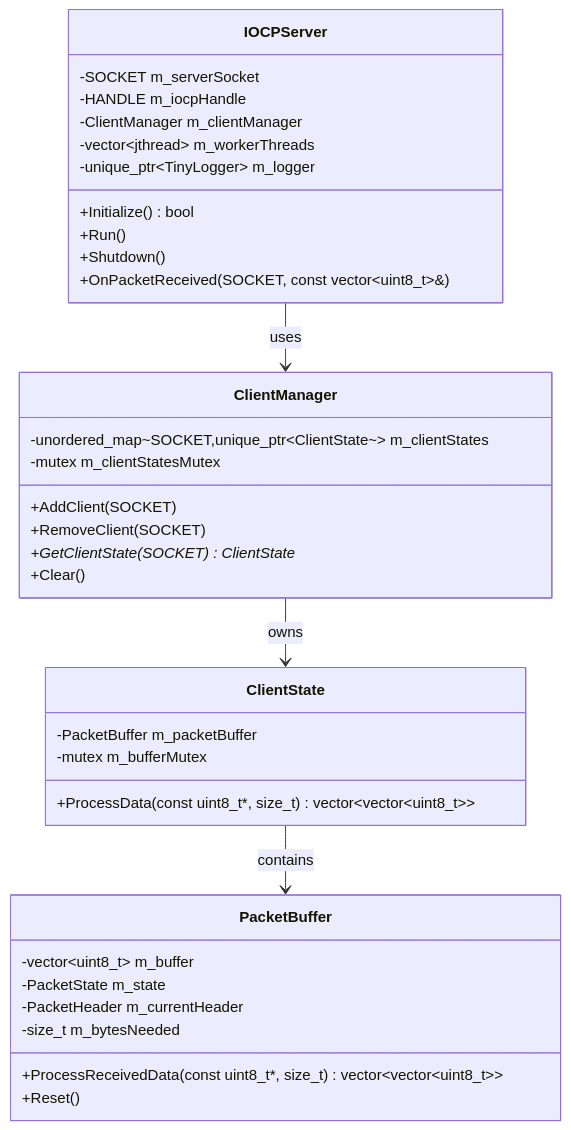
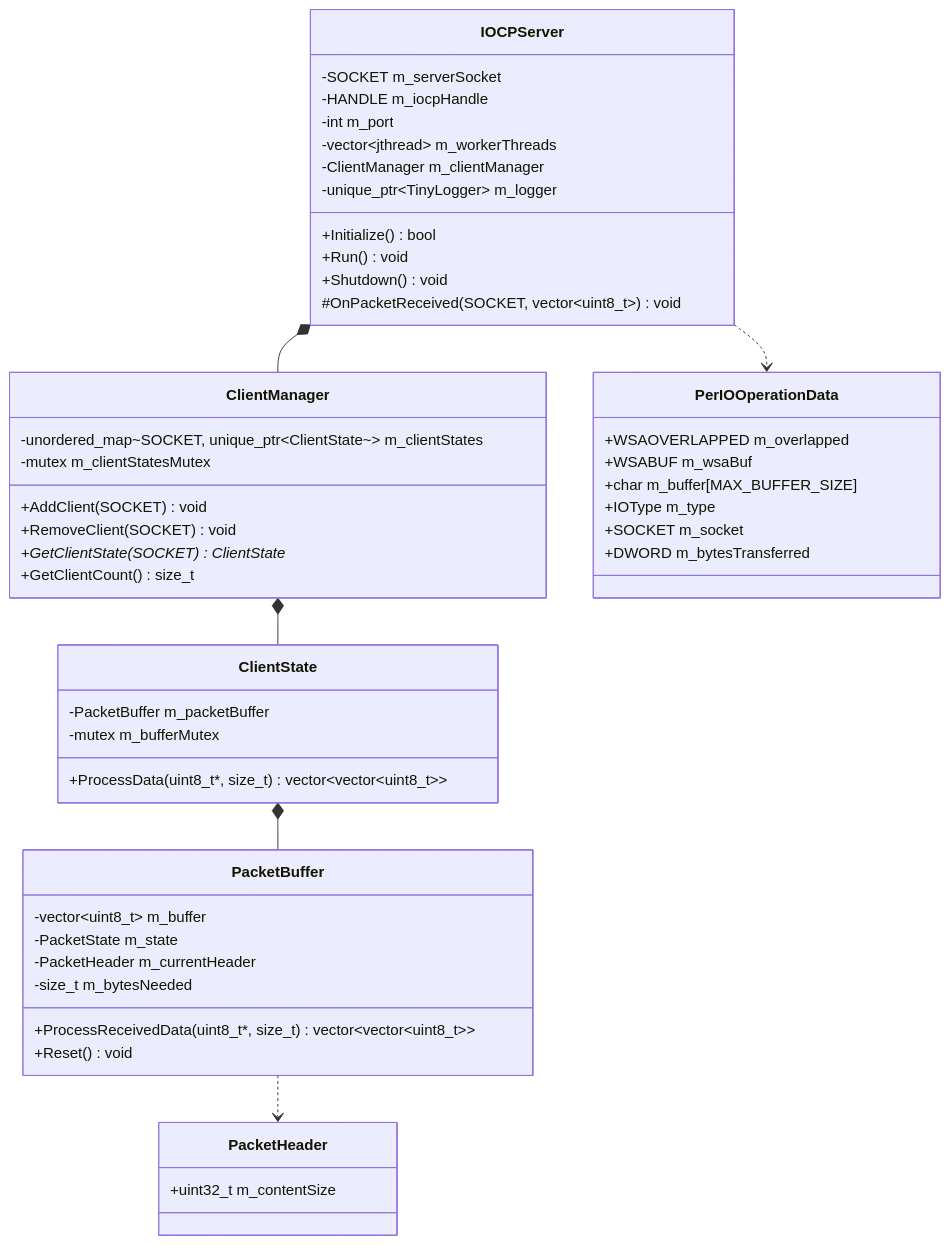
Before and after one commit to Glanceman/Project-based-learning: the second of 6 diagrams in c++/iocp/readme.md, drawn with Mermaid. The commit also changed other lines of this file and 5 other files, not shown here.

````diff
--- a/c++/iocp/readme.md
+++ b/c++/iocp/readme.md
@@ -34,43 +43,58 @@
 ```mermaid
 classDiagram
     class IOCPServer {
         -SOCKET m_serverSocket
         -HANDLE m_iocpHandle
+        -int m_port
+        -vector~jthread~ m_workerThreads
         -ClientManager m_clientManager
-        -vector~jthread~ m_workerThreads
         -unique_ptr~TinyLogger~ m_logger
         +Initialize() bool
-        +Run()
-        +Shutdown()
-        +OnPacketReceived(SOCKET, const vector~uint8_t~&)
+        +Run() void
+        +Shutdown() void
+        #OnPacketReceived(SOCKET, vector~uint8_t~) void
     }
-
+    
     class ClientManager {
-        -unordered_map~SOCKET,unique_ptr~ClientState~~ m_clientStates
+        -unordered_map~SOCKET, unique_ptr~ClientState~~ m_clientStates
         -mutex m_clientStatesMutex
-        +AddClient(SOCKET)
-        +RemoveClient(SOCKET)
+        +AddClient(SOCKET) void
+        +RemoveClient(SOCKET) void
         +GetClientState(SOCKET) ClientState*
-        +Clear()
+        +GetClientCount() size_t
     }
-
+    
     class ClientState {
         -PacketBuffer m_packetBuffer
         -mutex m_bufferMutex
-        +ProcessData(const uint8_t*, size_t) vector~vector~uint8_t~~
+        +ProcessData(uint8_t*, size_t) vector~vector~uint8_t~~
     }
-
+    
     class PacketBuffer {
         -vector~uint8_t~ m_buffer
         -PacketState m_state
         -PacketHeader m_currentHeader
         -size_t m_bytesNeeded
-        +ProcessReceivedData(const uint8_t*, size_t) vector~vector~uint8_t~~
-        +Reset()
+        +ProcessReceivedData(uint8_t*, size_t) vector~vector~uint8_t~~
+        +Reset() void
     }
-
-    IOCPServer --> ClientManager : uses
-    ClientManager --> ClientState : owns
-    ClientState --> PacketBuffer : contains
-
+    
+    class PerIOOperationData {
+        +WSAOVERLAPPED m_overlapped
+        +WSABUF m_wsaBuf
+        +char m_buffer[MAX_BUFFER_SIZE]
+        +IOType m_type
+        +SOCKET m_socket
+        +DWORD m_bytesTransferred
+    }
+    
+    class PacketHeader {
+        +uint32_t m_contentSize
+    }
+    
+    IOCPServer *-- ClientManager
+    ClientManager *-- ClientState
+    ClientState *-- PacketBuffer
+    IOCPServer ..> PerIOOperationData
+    PacketBuffer ..> PacketHeader
 ```
````
